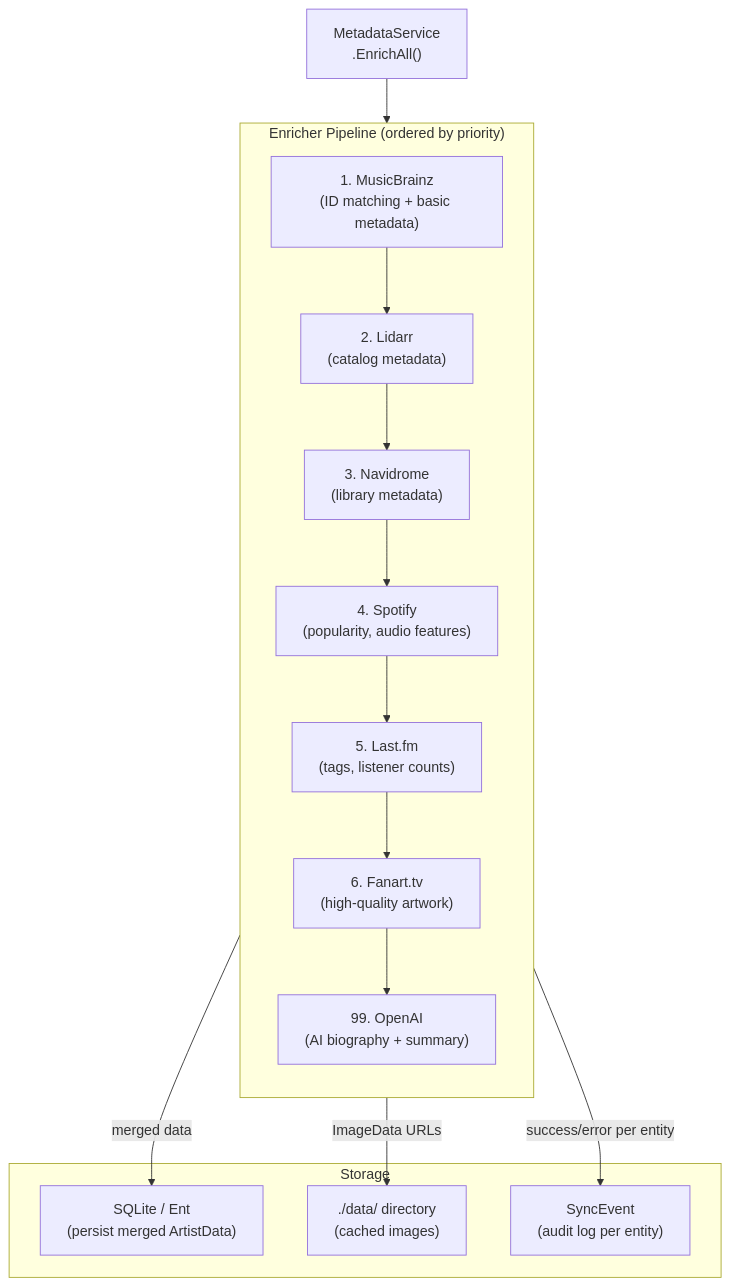
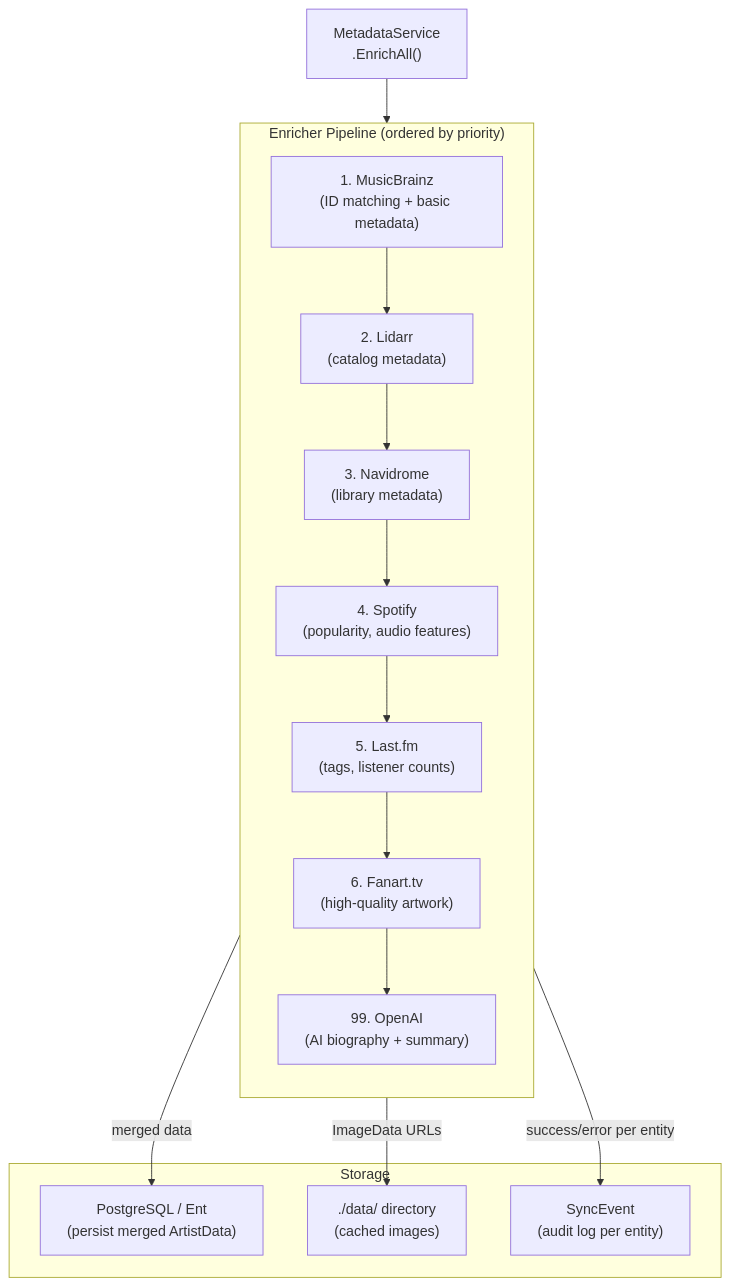
One commit to joestump-agent/spotter changed the diagram in docs/openspec/specs/metadata-enrichment-pipeline/spec.md. Above: the diagram before and after it, drawn with Mermaid. The commit also changed other lines of this file and 55 other files, not shown here.

````diff
--- a/docs/openspec/specs/metadata-enrichment-pipeline/spec.md
+++ b/docs/openspec/specs/metadata-enrichment-pipeline/spec.md
@@ -149,27 +149,27 @@
 ```mermaid
 flowchart TD
     MS["MetadataService\n.EnrichAll()"]
 
     subgraph Pipeline["Enricher Pipeline (ordered by priority)"]
         direction TB
         MB["1. MusicBrainz\n(ID matching + basic metadata)"]
         LI["2. Lidarr\n(catalog metadata)"]
         NV["3. Navidrome\n(library metadata)"]
         SP["4. Spotify\n(popularity, audio features)"]
         LF["5. Last.fm\n(tags, listener counts)"]
         FA["6. Fanart.tv\n(high-quality artwork)"]
         OA["99. OpenAI\n(AI biography + summary)"]
         MB --> LI --> NV --> SP --> LF --> FA --> OA
     end
 
     subgraph Storage
-        DB["SQLite / Ent\n(persist merged ArtistData)"]
+        DB["PostgreSQL / Ent\n(persist merged ArtistData)"]
         IMG["./data/ directory\n(cached images)"]
         SE["SyncEvent\n(audit log per entity)"]
     end
 
     MS --> Pipeline
     Pipeline -->|"merged data"| DB
     Pipeline -->|"ImageData URLs"| IMG
     Pipeline -->|"success/error per entity"| SE
 ```
````
